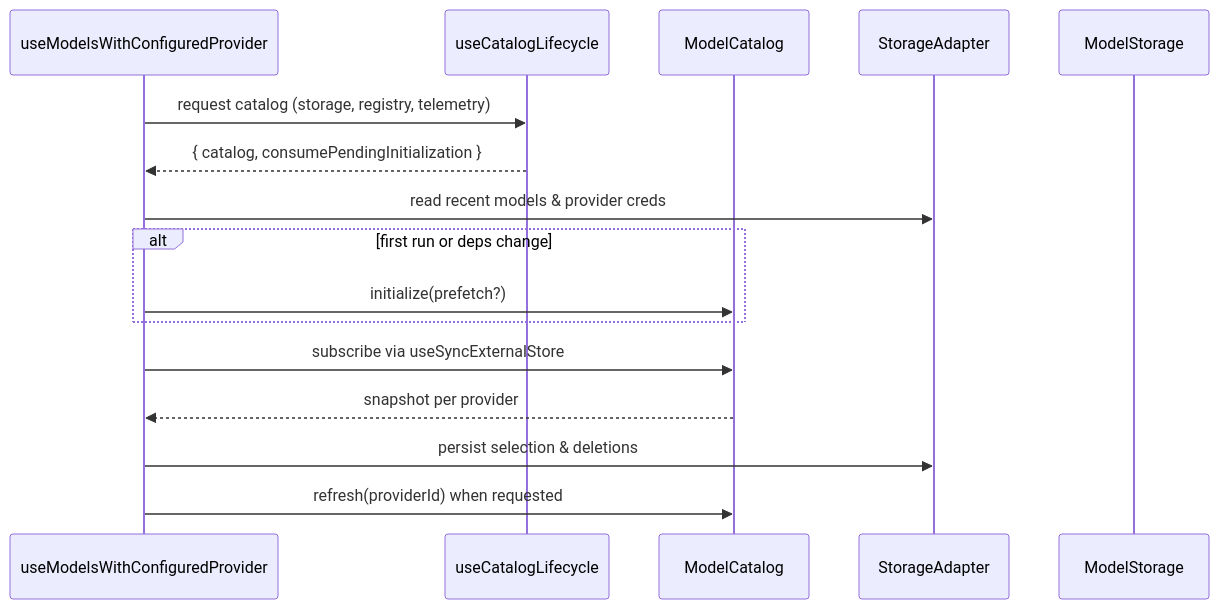
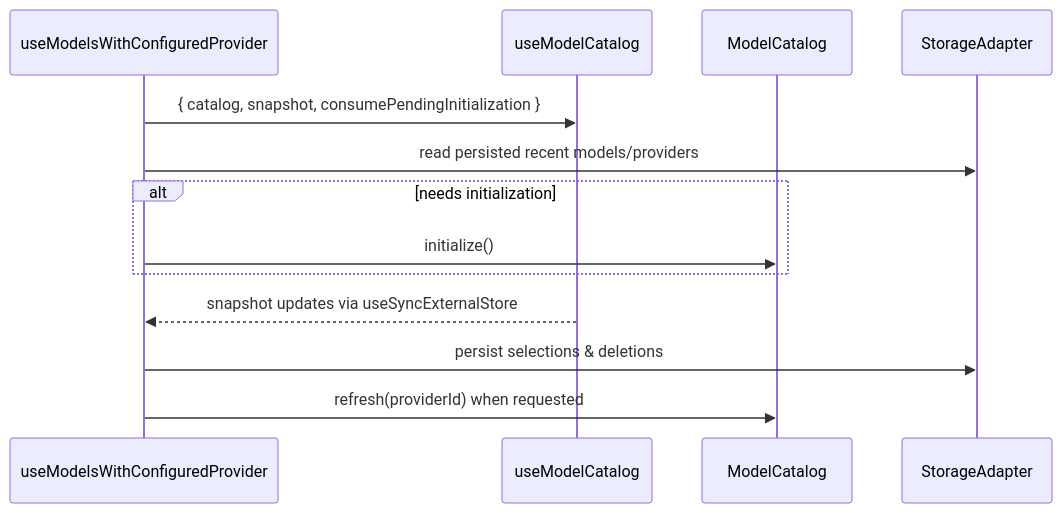
One commit to hbmartin/ai-sdk-react-model-picker changed the third of 6 diagrams in docs/catalog-architecture.md. Above: the diagram before and after it, drawn with Mermaid. The commit also changed other lines of this file and 20 other files, not shown here.

````diff
--- a/docs/catalog-architecture.md
+++ b/docs/catalog-architecture.md
@@ -59,19 +82,16 @@
 ```mermaid
 sequenceDiagram
   participant Hook as useModelsWithConfiguredProvider
-  participant Lifecycle as useCatalogLifecycle
+  participant CatalogHook as useModelCatalog
   participant Catalog as ModelCatalog
   participant Storage as StorageAdapter
-  participant ModelStorage as ModelStorage
 
-  Hook->>Lifecycle: request catalog (storage, registry, telemetry)
-  Lifecycle-->>Hook: { catalog, consumePendingInitialization }
-  Hook->>Storage: read recent models & provider creds
-  alt first run or deps change
-    Hook->>Catalog: initialize(prefetch?)
+  Hook->>CatalogHook: { catalog, snapshot, consumePendingInitialization }
+  Hook->>Storage: read persisted recent models/providers
+  alt needs initialization
+    Hook->>Catalog: initialize()
   end
-  Hook->>Catalog: subscribe via useSyncExternalStore
-  Catalog-->>Hook: snapshot per provider
-  Hook->>Storage: persist selection & deletions
+  CatalogHook-->>Hook: snapshot updates via useSyncExternalStore
+  Hook->>Storage: persist selections & deletions
   Hook->>Catalog: refresh(providerId) when requested
 ```
````
